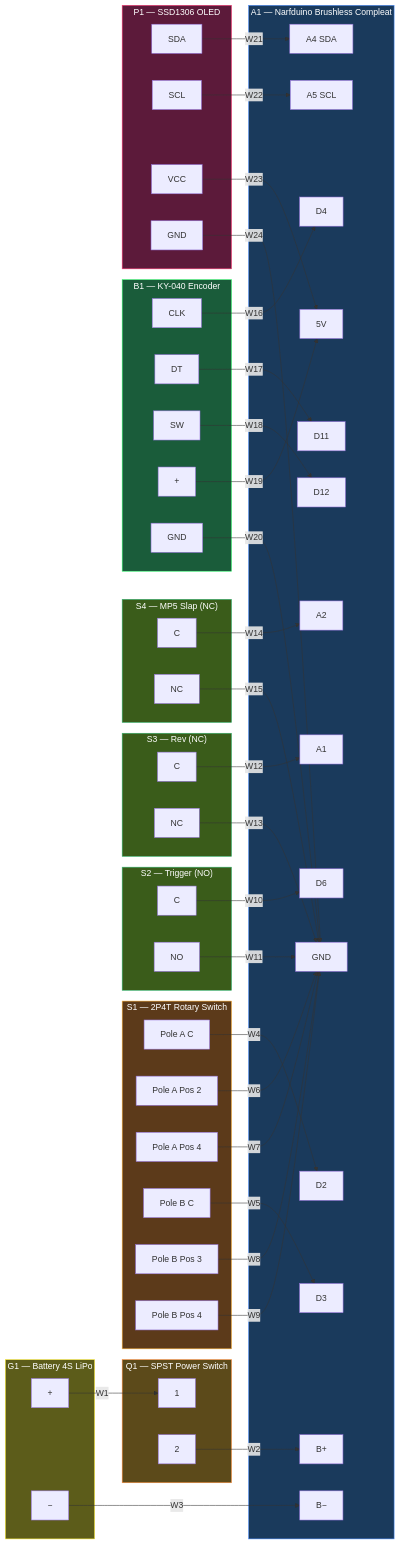
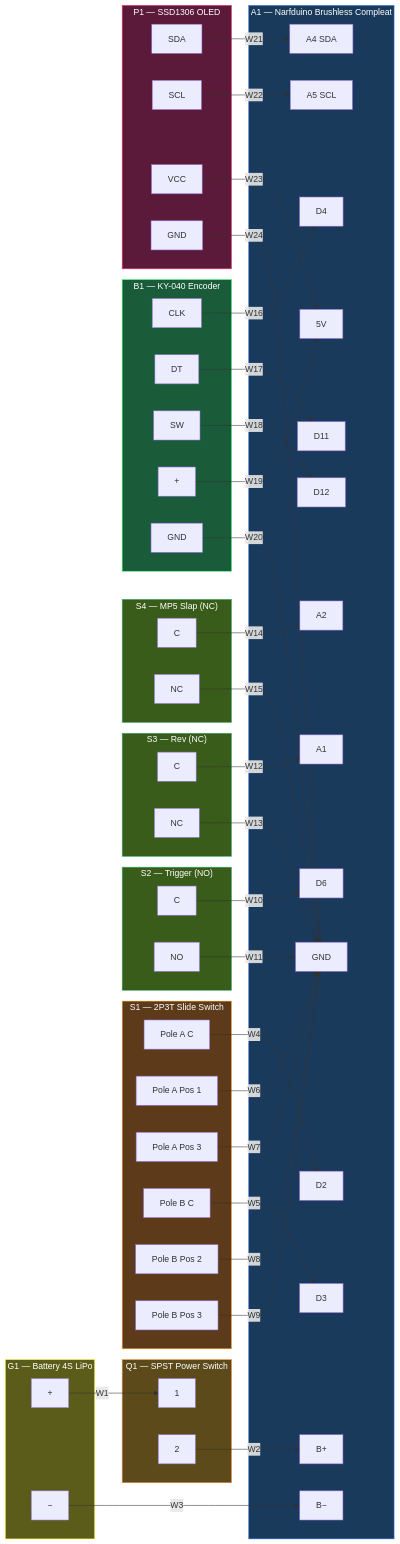
The diagram in Phantasm-IEC60617-Schematic.md (maleko/narftasm), drawn with Mermaid before and after one commit. The commit also changed other lines of this file and 3 other files, not shown here.

First line of the commit message:
feat: replace 4-position rotary switch with 3-position slide switch

```diff
--- a/Phantasm-IEC60617-Schematic.md
+++ b/Phantasm-IEC60617-Schematic.md
@@ -48,13 +48,13 @@
         A1_GND["GND"]
     end
 
-    subgraph S1["S1 — 2P4T Rotary Switch"]
+    subgraph S1["S1 — 2P3T Slide Switch"]
         S1_AC["Pole A C"]
-        S1_A2["Pole A Pos 2"]
-        S1_A4["Pole A Pos 4"]
+        S1_A1["Pole A Pos 1"]
+        S1_A3["Pole A Pos 3"]
         S1_BC["Pole B C"]
+        S1_B2["Pole B Pos 2"]
         S1_B3["Pole B Pos 3"]
-        S1_B4["Pole B Pos 4"]
     end
 
     subgraph S2["S2 — Trigger (NO)"]
@@ -93,10 +93,10 @@
 
     S1_AC -->|"W4"| A1_D2
     S1_BC -->|"W5"| A1_D3
-    S1_A2 -->|"W6"| A1_GND
-    S1_A4 -->|"W7"| A1_GND
-    S1_B3 -->|"W8"| A1_GND
-    S1_B4 -->|"W9"| A1_GND
+    S1_A1 -->|"W6"| A1_GND
+    S1_A3 -->|"W7"| A1_GND
+    S1_B2 -->|"W8"| A1_GND
+    S1_B3 -->|"W9"| A1_GND
 
     S2_C -->|"W10"| A1_D6
     S2_NO -->|"W11"| A1_GND
```
